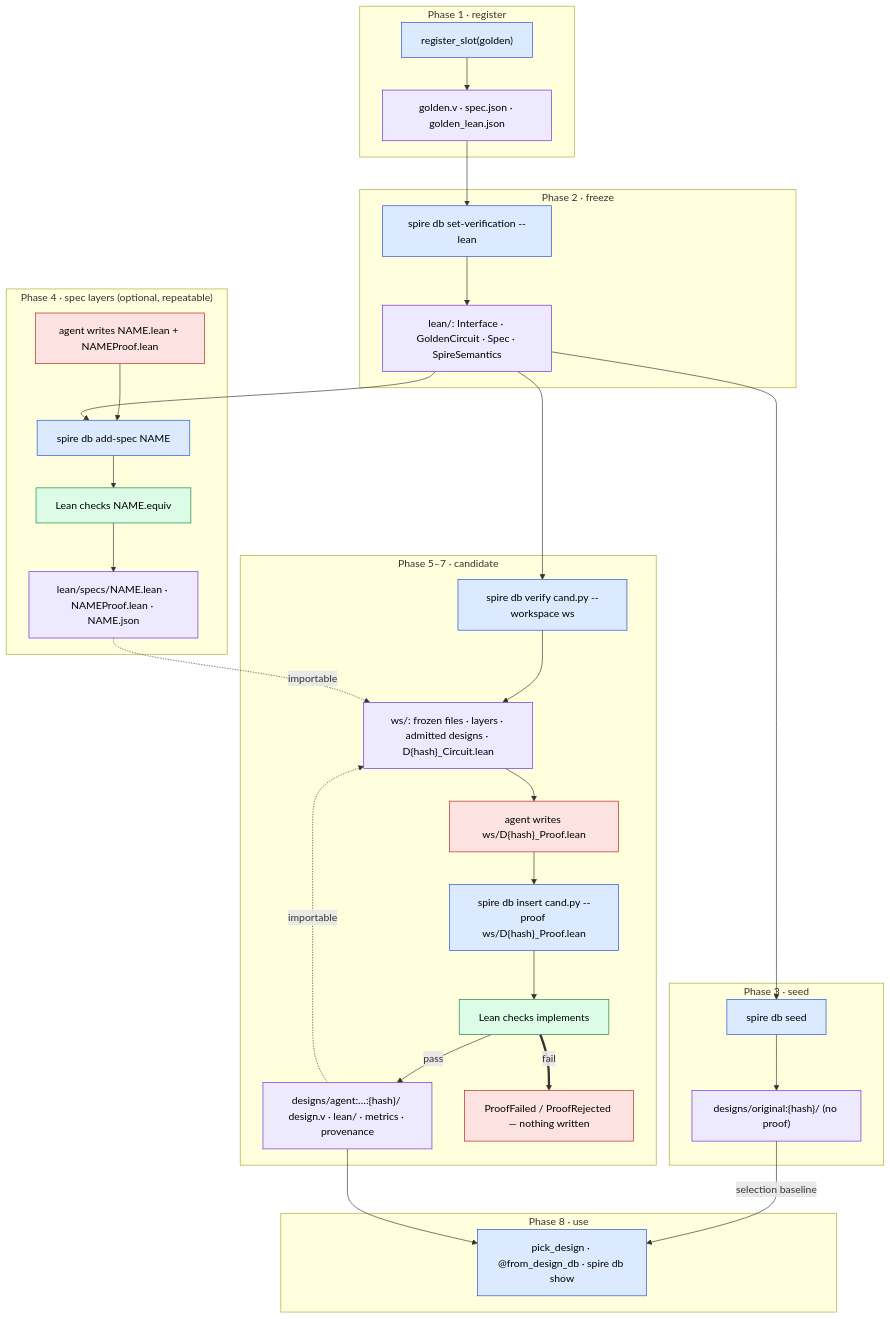
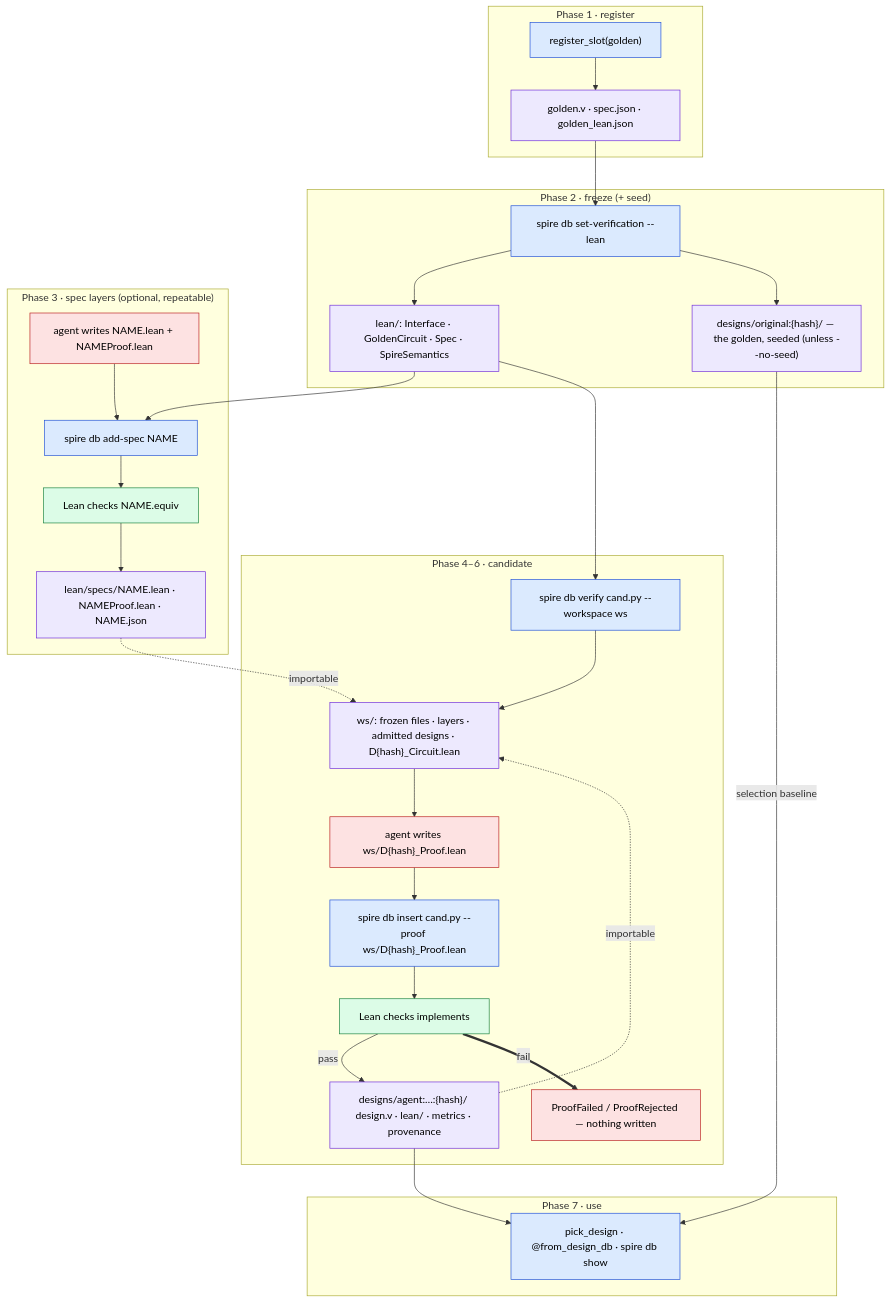
One commit to huawei-csl/spire-hdl changed the diagram in docs/README_lean_gate.md. Above: the diagram before and after it, drawn with Mermaid. The commit also changed other lines of this file and 3 other files, not shown here.

Commit message:
design-db: seed now automtically done in freeze

````diff
--- a/docs/README_lean_gate.md
+++ b/docs/README_lean_gate.md
@@ -13,40 +13,37 @@
 ```mermaid
 flowchart TD
   classDef spire fill:#dbeafe,stroke:#1d4ed8,color:#000
   classDef agent fill:#fde2e2,stroke:#b91c1c,color:#000
   classDef lean fill:#dcfce7,stroke:#15803d,color:#000
   classDef disk fill:#ede9fe,stroke:#6d28d9,color:#000
 
   subgraph P1["Phase 1 · register"]
     R["register_slot(golden)"]:::spire --> R1["golden.v · spec.json · golden_lean.json"]:::disk
   end
-  subgraph P2["Phase 2 · freeze"]
+  subgraph P2["Phase 2 · freeze (+ seed)"]
     F["spire db set-verification --lean"]:::spire --> F1["lean/: Interface · GoldenCircuit · Spec · SpireSemantics"]:::disk
+    F --> S1["designs/original:{hash}/ — the golden, seeded (unless --no-seed)"]:::disk
   end
-  subgraph P3["Phase 3 · seed"]
-    S["spire db seed"]:::spire --> S1["designs/original:{hash}/ (no proof)"]:::disk
-  end
-  subgraph P4["Phase 4 · spec layers (optional, repeatable)"]
+  subgraph P4["Phase 3 · spec layers (optional, repeatable)"]
     L["agent writes NAME.lean + NAMEProof.lean"]:::agent --> LC["spire db add-spec NAME"]:::spire
     LC --> LB["Lean checks NAME.equiv"]:::lean --> L1["lean/specs/NAME.lean · NAMEProof.lean · NAME.json"]:::disk
   end
-  subgraph P5["Phase 5–7 · candidate"]
+  subgraph P5["Phase 4–6 · candidate"]
     W["spire db verify cand.py --workspace ws"]:::spire --> W1["ws/: frozen files · layers · admitted designs · D{hash}_Circuit.lean"]:::disk
     W1 --> P["agent writes ws/D{hash}_Proof.lean"]:::agent --> V["spire db insert cand.py --proof ws/D{hash}_Proof.lean"]:::spire
     V --> VB["Lean checks implements"]:::lean
     VB -->|pass| A["designs/agent:…:{hash}/ design.v · lean/ · metrics · provenance"]:::disk
     VB ==>|fail| X["ProofFailed / ProofRejected — nothing written"]:::agent
   end
-  subgraph P8["Phase 8 · use"]
+  subgraph P8["Phase 7 · use"]
     U["pick_design · @from_design_db · spire db show"]:::spire
   end
 
   R1 --> F
-  F1 --> S
   F1 --> LC
   F1 --> W
   L1 -.->|importable| W1
   A -.->|importable| W1
   S1 -->|selection baseline| U
   A --> U
 ```
````
